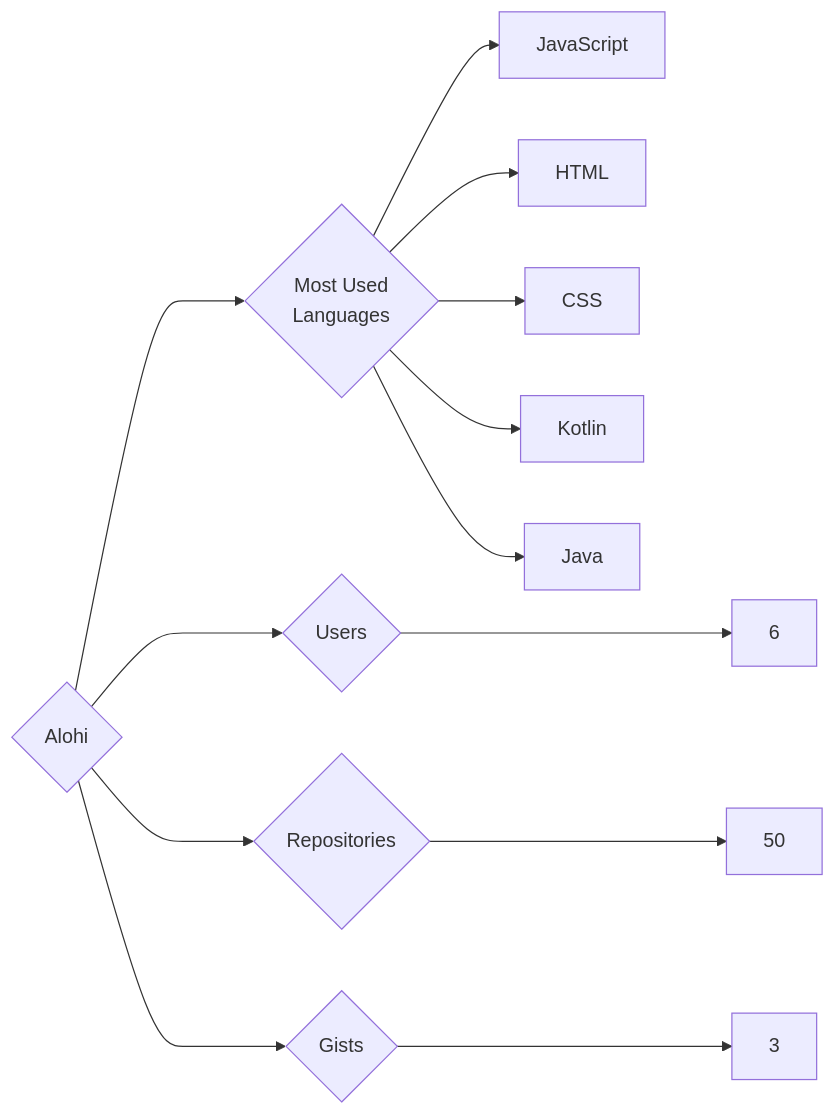
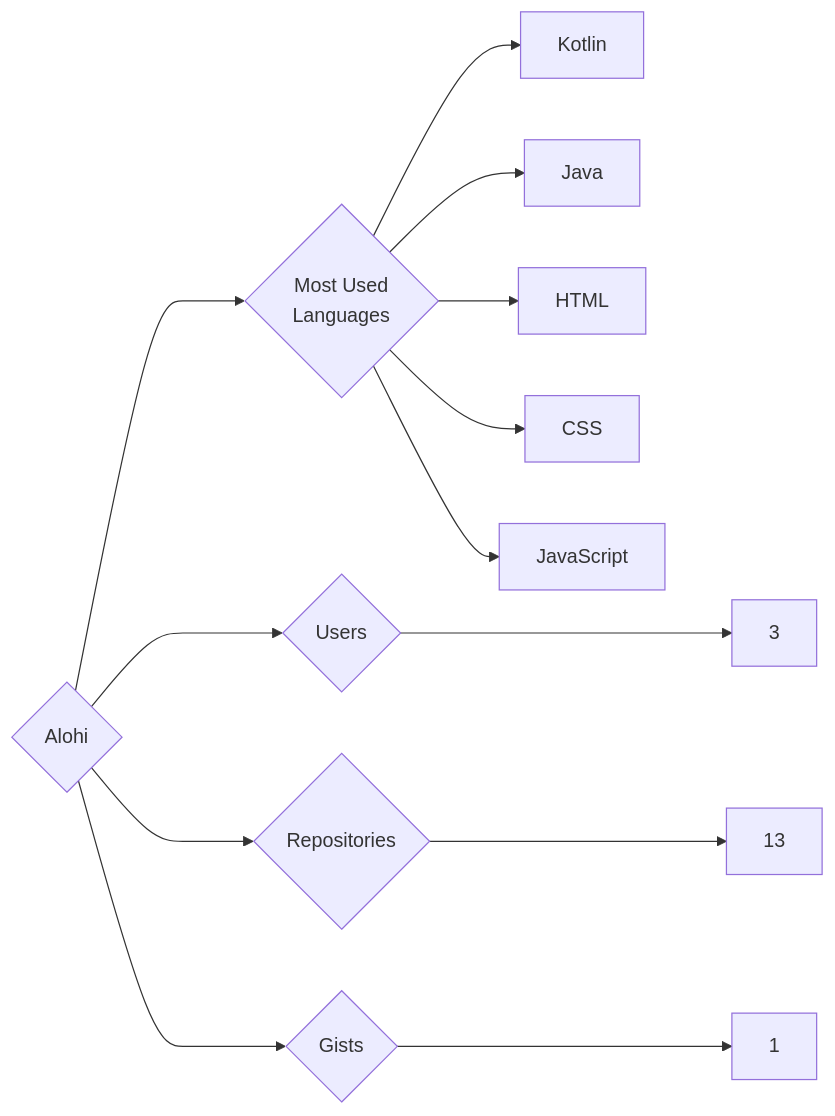
The diagram in targets/Alohi/README.md (trickest/insiders), drawn with Mermaid before and after one commit. The commit also changed 888 other files, not shown here.

````diff
--- a/targets/Alohi/README.md
+++ b/targets/Alohi/README.md
@@ -3,13 +3,13 @@
 ```mermaid
 graph LR
 COMPANY_NAME{Alohi}
-COMPANY_NAME ---> U{Users} ---> UN[6]
-COMPANY_NAME ---> R{Repositories} ---> RN[50]
-COMPANY_NAME ---> G{Gists} ---> GN[3]
+COMPANY_NAME ---> U{Users} ---> UN[3]
+COMPANY_NAME ---> R{Repositories} ---> RN[13]
+COMPANY_NAME ---> G{Gists} ---> GN[1]
 COMPANY_NAME ---> ML{Most Used<br>Languages}
-ML --> JavaScript[JavaScript]
+ML --> Kotlin[Kotlin]
+ML --> Java[Java]
 ML --> HTML[HTML]
 ML --> CSS[CSS]
-ML --> Kotlin[Kotlin]
-ML --> Java[Java]
+ML --> JavaScript[JavaScript]
 ```
````
